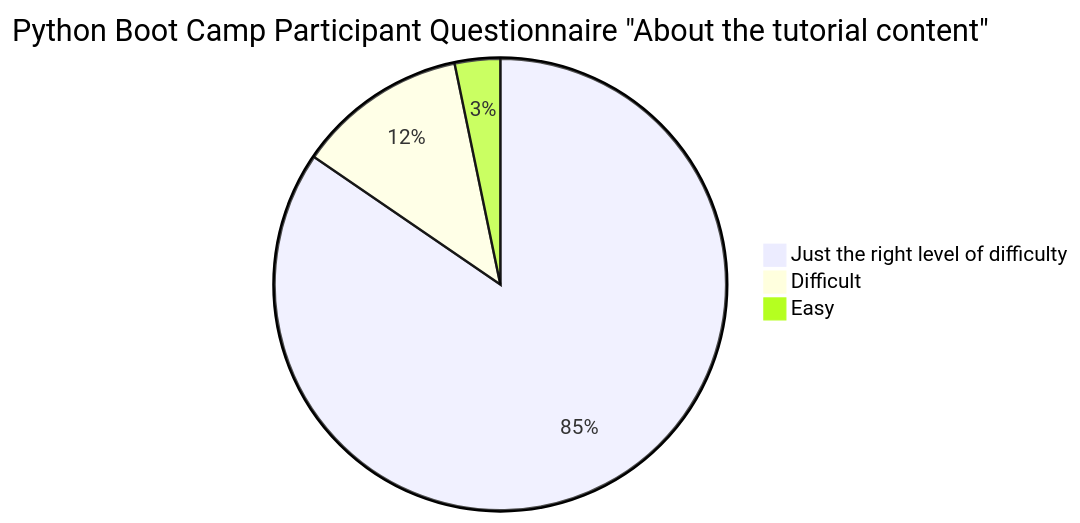
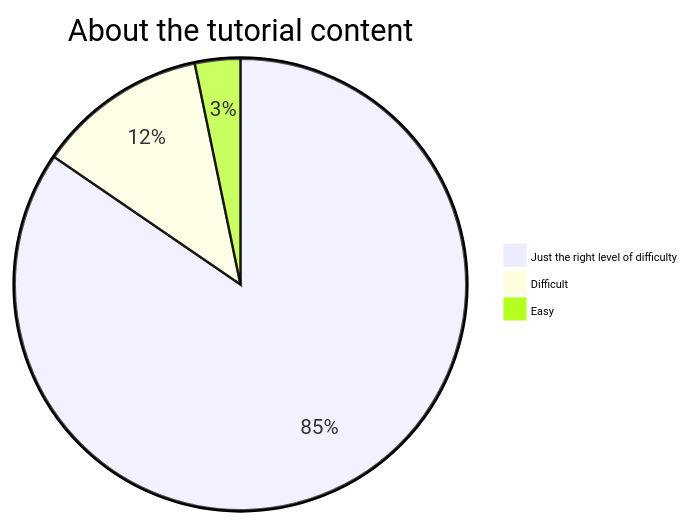
One commit to ryu22e/pyconapac2023-postersession-docs changed the diagram in source/about/pycamp_survey2.en.mmd. Above: the diagram before and after it, drawn with Mermaid. The commit also changed 14 other files, not shown here.

```diff
--- a/source/about/pycamp_survey2.en.mmd
+++ b/source/about/pycamp_survey2.en.mmd
@@ -1,5 +1,6 @@
+%%{init: {"themeVariables": {"pieLegendTextSize": "9px"}} }%%
 pie
-    title Python Boot Camp Participant Questionnaire "About the tutorial content"
+    title About the tutorial content
     "Just the right level of difficulty": 104
     "Difficult": 15
     "Easy": 4
```
